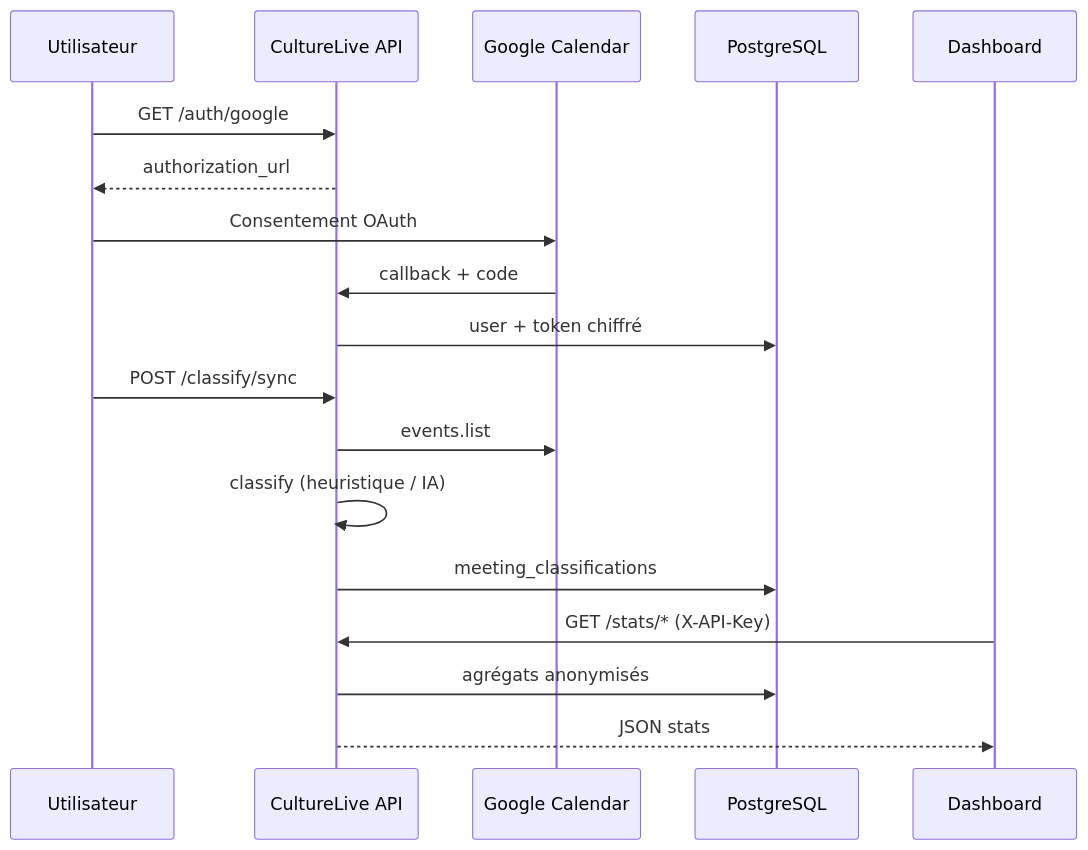
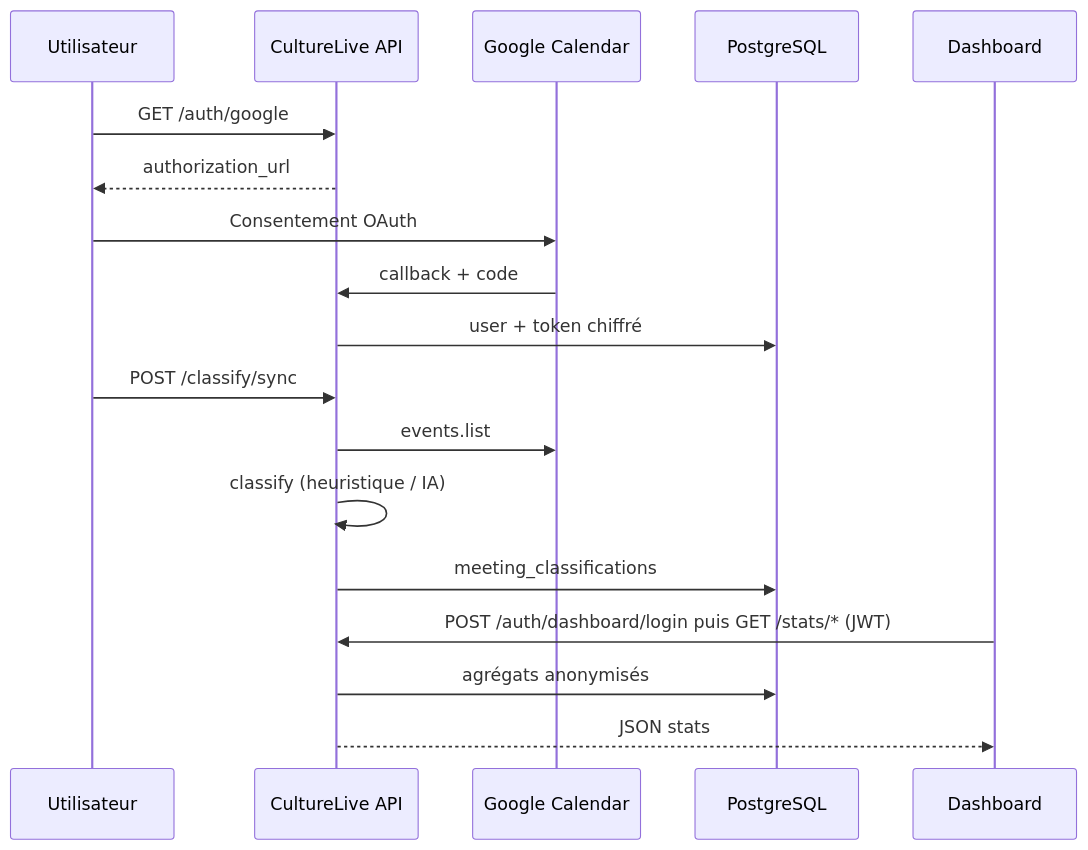
Before and after one commit to projectoctave/CultureLive: the diagram in README.md, drawn with Mermaid. The commit also changed other lines of this file and 47 other files, not shown here.

````diff
--- a/README.md
+++ b/README.md
@@ -232,21 +251,21 @@
 ```mermaid
 sequenceDiagram
     participant U as Utilisateur
     participant API as CultureLive API
     participant G as Google Calendar
     participant DB as PostgreSQL
     participant D as Dashboard
 
     U->>API: GET /auth/google
     API-->>U: authorization_url
     U->>G: Consentement OAuth
     G->>API: callback + code
     API->>DB: user + token chiffré
     U->>API: POST /classify/sync
     API->>G: events.list
     API->>API: classify (heuristique / IA)
     API->>DB: meeting_classifications
-    D->>API: GET /stats/* (X-API-Key)
+    D->>API: POST /auth/dashboard/login puis GET /stats/* (JWT)
     API->>DB: agrégats anonymisés
     API-->>D: JSON stats
 ```
````
